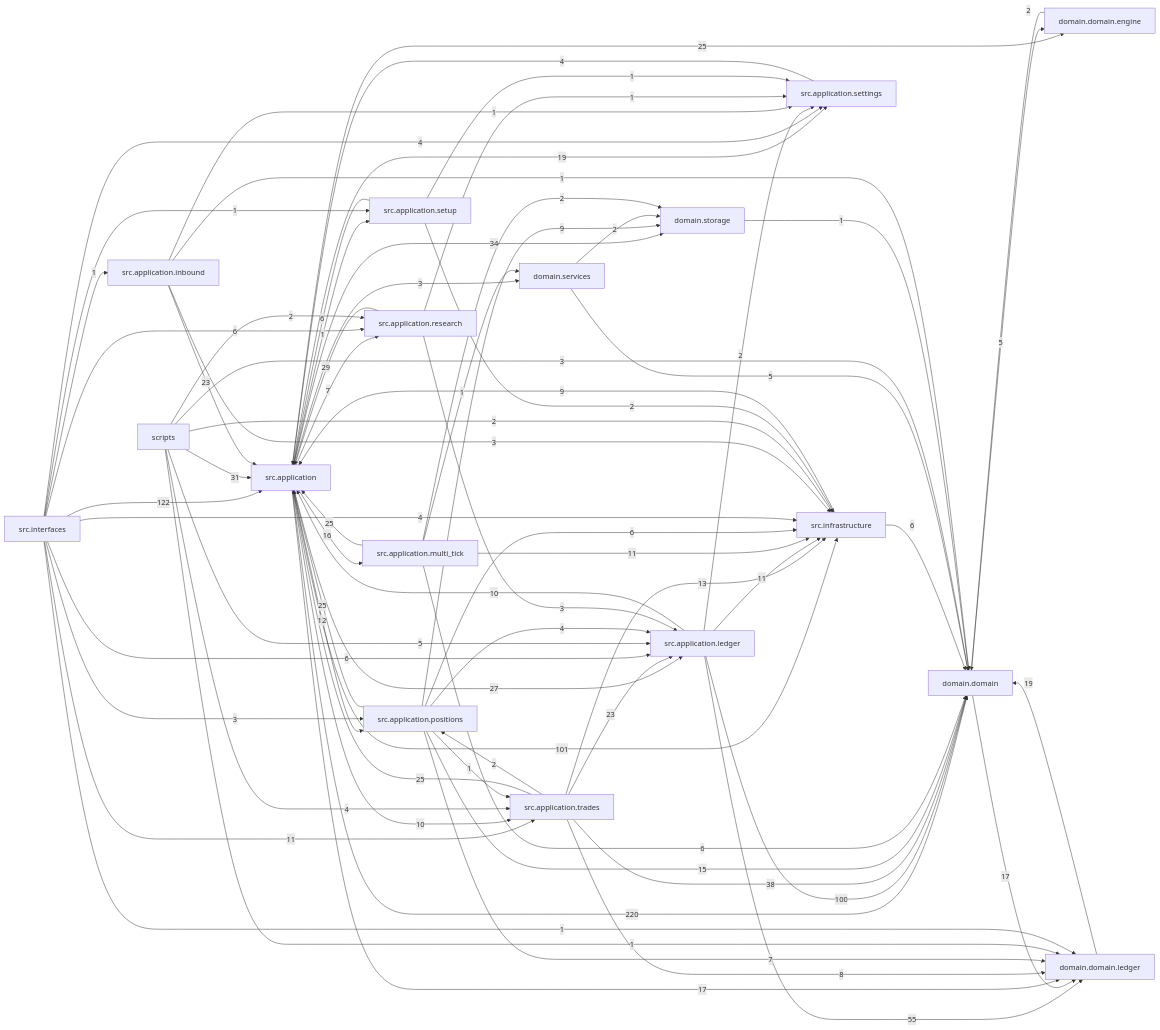
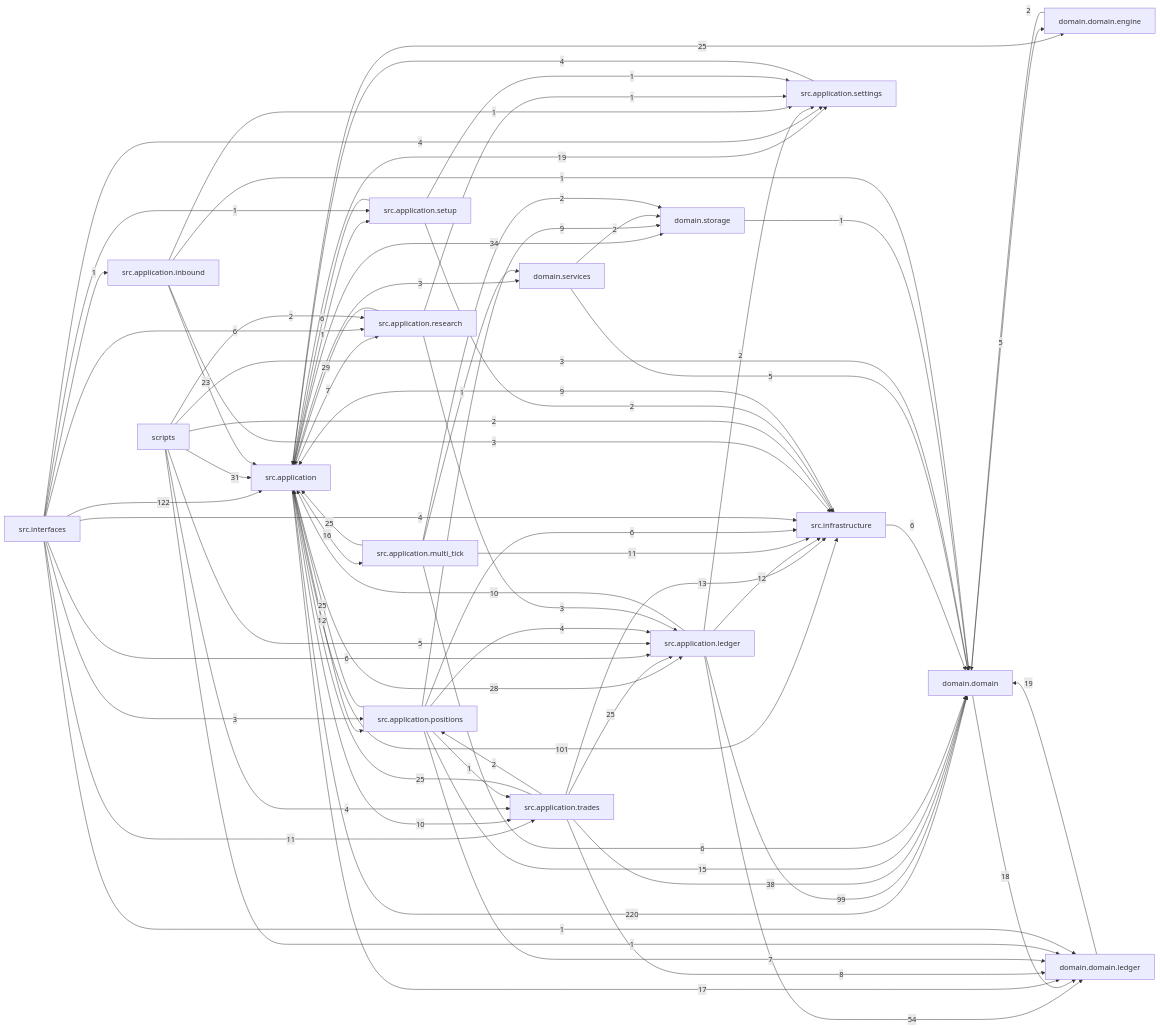
One commit to liuxie066/options-monitor changed the diagram in docs/dependency_graph.mmd. Above: the diagram before and after it, drawn with Mermaid. The commit also changed 94 other files, not shown here.

```diff
--- a/docs/dependency_graph.mmd
+++ b/docs/dependency_graph.mmd
@@ -1,74 +1,74 @@
 flowchart LR
   src_application["src.application"] -->|220| domain_domain["domain.domain"]
   src_interfaces["src.interfaces"] -->|122| src_application["src.application"]
   src_application["src.application"] -->|101| src_infrastructure["src.infrastructure"]
-  src_application_ledger["src.application.ledger"] -->|100| domain_domain["domain.domain"]
-  src_application_ledger["src.application.ledger"] -->|55| domain_domain_ledger["domain.domain.ledger"]
+  src_application_ledger["src.application.ledger"] -->|99| domain_domain["domain.domain"]
+  src_application_ledger["src.application.ledger"] -->|54| domain_domain_ledger["domain.domain.ledger"]
   src_application_trades["src.application.trades"] -->|38| domain_domain["domain.domain"]
   src_application["src.application"] -->|34| domain_storage["domain.storage"]
   scripts["scripts"] -->|31| src_application["src.application"]
   src_application_research["src.application.research"] -->|29| src_application["src.application"]
-  src_application["src.application"] -->|27| src_application_ledger["src.application.ledger"]
+  src_application["src.application"] -->|28| src_application_ledger["src.application.ledger"]
   src_application["src.application"] -->|25| domain_domain_engine["domain.domain.engine"]
   src_application_multi_tick["src.application.multi_tick"] -->|25| src_application["src.application"]
   src_application_positions["src.application.positions"] -->|25| src_application["src.application"]
   src_application_trades["src.application.trades"] -->|25| src_application["src.application"]
+  src_application_trades["src.application.trades"] -->|25| src_application_ledger["src.application.ledger"]
   src_application_inbound["src.application.inbound"] -->|23| src_application["src.application"]
-  src_application_trades["src.application.trades"] -->|23| src_application_ledger["src.application.ledger"]
   domain_domain_ledger["domain.domain.ledger"] -->|19| domain_domain["domain.domain"]
   src_application["src.application"] -->|19| src_application_settings["src.application.settings"]
-  domain_domain["domain.domain"] -->|17| domain_domain_ledger["domain.domain.ledger"]
+  domain_domain["domain.domain"] -->|18| domain_domain_ledger["domain.domain.ledger"]
   src_application["src.application"] -->|17| domain_domain_ledger["domain.domain.ledger"]
   src_application["src.application"] -->|16| src_application_multi_tick["src.application.multi_tick"]
   src_application_positions["src.application.positions"] -->|15| domain_domain["domain.domain"]
   src_application_trades["src.application.trades"] -->|13| src_infrastructure["src.infrastructure"]
   src_application["src.application"] -->|12| src_application_positions["src.application.positions"]
-  src_application_ledger["src.application.ledger"] -->|11| src_infrastructure["src.infrastructure"]
+  src_application_ledger["src.application.ledger"] -->|12| src_infrastructure["src.infrastructure"]
   src_application_multi_tick["src.application.multi_tick"] -->|11| src_infrastructure["src.infrastructure"]
   src_interfaces["src.interfaces"] -->|11| src_application_trades["src.application.trades"]
   src_application["src.application"] -->|10| src_application_trades["src.application.trades"]
   src_application_ledger["src.application.ledger"] -->|10| src_application["src.application"]
   src_application_positions["src.application.positions"] -->|9| domain_storage["domain.storage"]
   src_infrastructure["src.infrastructure"] -->|9| src_application["src.application"]
   src_application_trades["src.application.trades"] -->|8| domain_domain_ledger["domain.domain.ledger"]
   src_application["src.application"] -->|7| src_application_research["src.application.research"]
   src_application_positions["src.application.positions"] -->|7| domain_domain_ledger["domain.domain.ledger"]
   src_application_multi_tick["src.application.multi_tick"] -->|6| domain_domain["domain.domain"]
   src_application_positions["src.application.positions"] -->|6| src_infrastructure["src.infrastructure"]
   src_application_setup["src.application.setup"] -->|6| src_application["src.application"]
   src_infrastructure["src.infrastructure"] -->|6| domain_domain["domain.domain"]
   src_interfaces["src.interfaces"] -->|6| src_application_ledger["src.application.ledger"]
   src_interfaces["src.interfaces"] -->|6| src_application_research["src.application.research"]
   domain_domain["domain.domain"] -->|5| domain_domain_engine["domain.domain.engine"]
   domain_services["domain.services"] -->|5| domain_domain["domain.domain"]
   scripts["scripts"] -->|5| src_application_ledger["src.application.ledger"]
   scripts["scripts"] -->|4| src_application_trades["src.application.trades"]
   src_application_positions["src.application.positions"] -->|4| src_application_ledger["src.application.ledger"]
   src_application_settings["src.application.settings"] -->|4| src_application["src.application"]
   src_interfaces["src.interfaces"] -->|4| src_application_settings["src.application.settings"]
   src_interfaces["src.interfaces"] -->|4| src_infrastructure["src.infrastructure"]
   scripts["scripts"] -->|3| domain_domain["domain.domain"]
   src_application["src.application"] -->|3| domain_services["domain.services"]
   src_application_inbound["src.application.inbound"] -->|3| src_infrastructure["src.infrastructure"]
   src_application_research["src.application.research"] -->|3| src_application_ledger["src.application.ledger"]
   src_interfaces["src.interfaces"] -->|3| src_application_positions["src.application.positions"]
   domain_domain_engine["domain.domain.engine"] -->|2| domain_domain["domain.domain"]
   domain_services["domain.services"] -->|2| domain_storage["domain.storage"]
   scripts["scripts"] -->|2| src_application_research["src.application.research"]
   scripts["scripts"] -->|2| src_infrastructure["src.infrastructure"]
   src_application_ledger["src.application.ledger"] -->|2| src_application_settings["src.application.settings"]
   src_application_multi_tick["src.application.multi_tick"] -->|2| domain_storage["domain.storage"]
   src_application_setup["src.application.setup"] -->|2| src_infrastructure["src.infrastructure"]
   src_application_trades["src.application.trades"] -->|2| src_application_positions["src.application.positions"]
   domain_storage["domain.storage"] -->|1| domain_domain["domain.domain"]
   scripts["scripts"] -->|1| domain_domain_ledger["domain.domain.ledger"]
   src_application["src.application"] -->|1| src_application_setup["src.application.setup"]
   src_application_inbound["src.application.inbound"] -->|1| domain_domain["domain.domain"]
   src_application_inbound["src.application.inbound"] -->|1| src_application_settings["src.application.settings"]
   src_application_multi_tick["src.application.multi_tick"] -->|1| domain_services["domain.services"]
   src_application_positions["src.application.positions"] -->|1| src_application_trades["src.application.trades"]
   src_application_research["src.application.research"] -->|1| src_application_settings["src.application.settings"]
   src_application_setup["src.application.setup"] -->|1| src_application_settings["src.application.settings"]
   src_interfaces["src.interfaces"] -->|1| domain_domain_ledger["domain.domain.ledger"]
   src_interfaces["src.interfaces"] -->|1| src_application_inbound["src.application.inbound"]
   src_interfaces["src.interfaces"] -->|1| src_application_setup["src.application.setup"]
```
